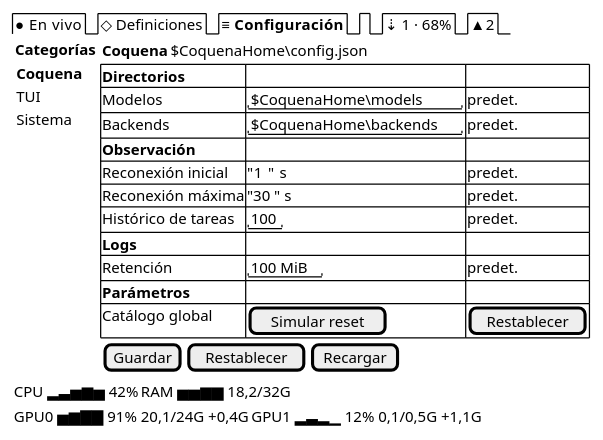
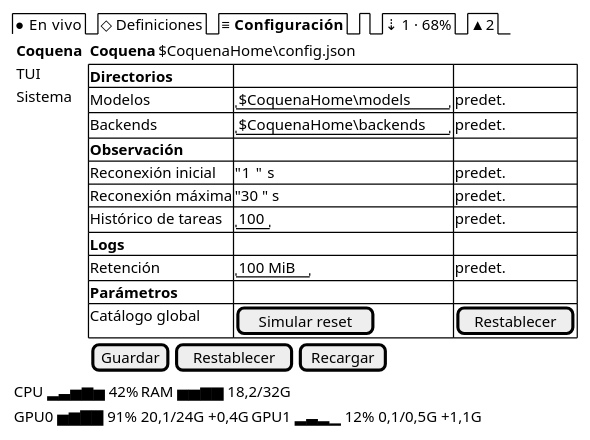
The diagram in docs/design/tui/E-configuracion-coquena.salt.puml (mstranich/coquena), drawn with PlantUML before and after one commit. The commit also changed 17 other files, not shown here.

```diff
--- a/docs/design/tui/E-configuracion-coquena.salt.puml
+++ b/docs/design/tui/E-configuracion-coquena.salt.puml
@@ -1,33 +1,32 @@
 @startsalt
 {
   {/ ● En vivo | ◇ Definiciones | <b>≡ Configuración | . | ⇣ 1 · 68% | ▲ 2 }
   {
     {
-      <b>Categorías
     {
       <b>Coquena
       TUI
       Sistema
     }
     } | {
       { <b>Coquena | $CoquenaHome\config.json }
       {#
         <b>Directorios | . | .
         Modelos | "$CoquenaHome\models  " | predet.
         Backends | "$CoquenaHome\backends" | predet.
         <b>Observación | . | .
         Reconexión inicial | "1  " s | predet.
         Reconexión máxima | "30 " s | predet.
         Histórico de tareas | "100" | predet.
         <b>Logs | . | .
         Retención | "100 MiB" | predet.
         <b>Parámetros | . | .
         Catálogo global | [Simular reset] | [Restablecer]
       }
       { [Guardar] | [Restablecer] | [Recargar] }
     }
   }
   { CPU ▂▃▅▆▅ 42% | RAM ▅▅▆▆ 18,2/32G }
   { GPU0 ▅▆▇▇ 91% 20,1/24G +0,4G | GPU1 ▂▃▂▁ 12% 0,1/0,5G +1,1G }
 }
 @endsalt
```
